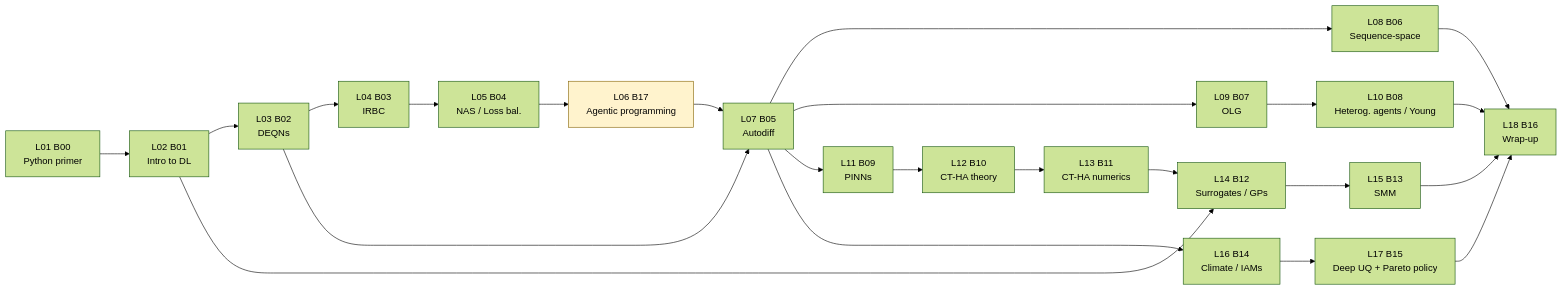
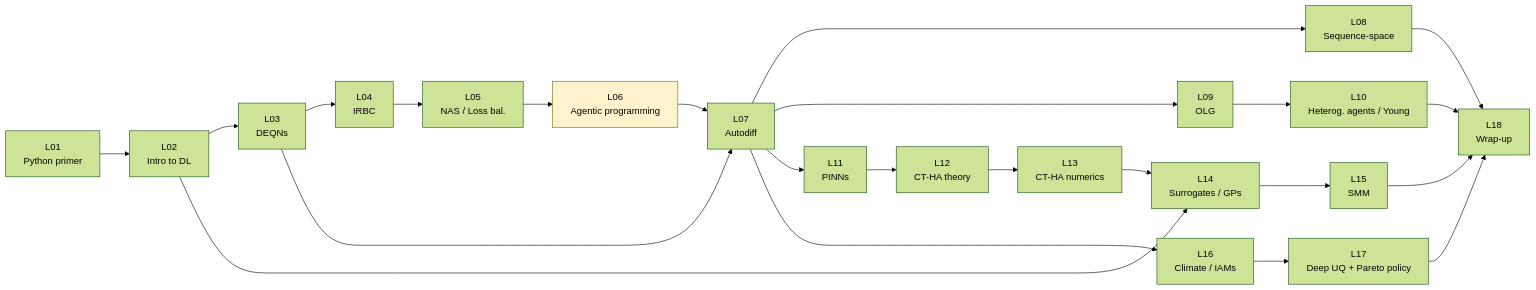
One commit to josemonge85/Deep_Learning_for_Solving_And_Estimating_Dynamic_Economic_Models changed the diagram in COURSE_MAP.md. Above: the diagram before and after it, drawn with Mermaid (forest theme). The commit also changed other lines of this file and 606 other files, not shown here.

````diff
--- a/COURSE_MAP.md
+++ b/COURSE_MAP.md
@@ -16,28 +15,28 @@
 ```mermaid
 flowchart LR
-  L01[L01 B00<br/>Python primer] --> L02
-  L02[L02 B01<br/>Intro to DL] --> L03
+  L01[L01<br/>Python primer] --> L02
+  L02[L02<br/>Intro to DL] --> L03
   L02 --> L14
-  L03[L03 B02<br/>DEQNs] --> L04
+  L03[L03<br/>DEQNs] --> L04
   L03 --> L07
-  L04[L04 B03<br/>IRBC] --> L05
-  L05[L05 B04<br/>NAS / Loss bal.] --> L06
-  L06[L06 B17<br/>Agentic programming] --> L07
-  L07[L07 B05<br/>Autodiff] --> L08
+  L04[L04<br/>IRBC] --> L05
+  L05[L05<br/>NAS / Loss bal.] --> L06
+  L06[L06<br/>Agentic programming] --> L07
+  L07[L07<br/>Autodiff] --> L08
   L07 --> L09
   L07 --> L11
   L07 --> L16
-  L08[L08 B06<br/>Sequence-space] --> L18
-  L09[L09 B07<br/>OLG] --> L10
-  L10[L10 B08<br/>Heterog. agents / Young] --> L18
-  L11[L11 B09<br/>PINNs] --> L12
-  L12[L12 B10<br/>CT-HA theory] --> L13
-  L13[L13 B11<br/>CT-HA numerics] --> L14
-  L14[L14 B12<br/>Surrogates / GPs] --> L15
-  L15[L15 B13<br/>SMM] --> L18
-  L16[L16 B14<br/>Climate / IAMs] --> L17
-  L17[L17 B15<br/>Deep UQ + Pareto policy] --> L18
-  L18[L18 B16<br/>Wrap-up]
+  L08[L08<br/>Sequence-space] --> L18
+  L09[L09<br/>OLG] --> L10
+  L10[L10<br/>Heterog. agents / Young] --> L18
+  L11[L11<br/>PINNs] --> L12
+  L12[L12<br/>CT-HA theory] --> L13
+  L13[L13<br/>CT-HA numerics] --> L14
+  L14[L14<br/>Surrogates / GPs] --> L15
+  L15[L15<br/>SMM] --> L18
+  L16[L16<br/>Climate / IAMs] --> L17
+  L17[L17<br/>Deep UQ + Pareto policy] --> L18
+  L18[L18<br/>Wrap-up]
 
   style L06 fill:#fff3cd,stroke:#856404
 ```
````
